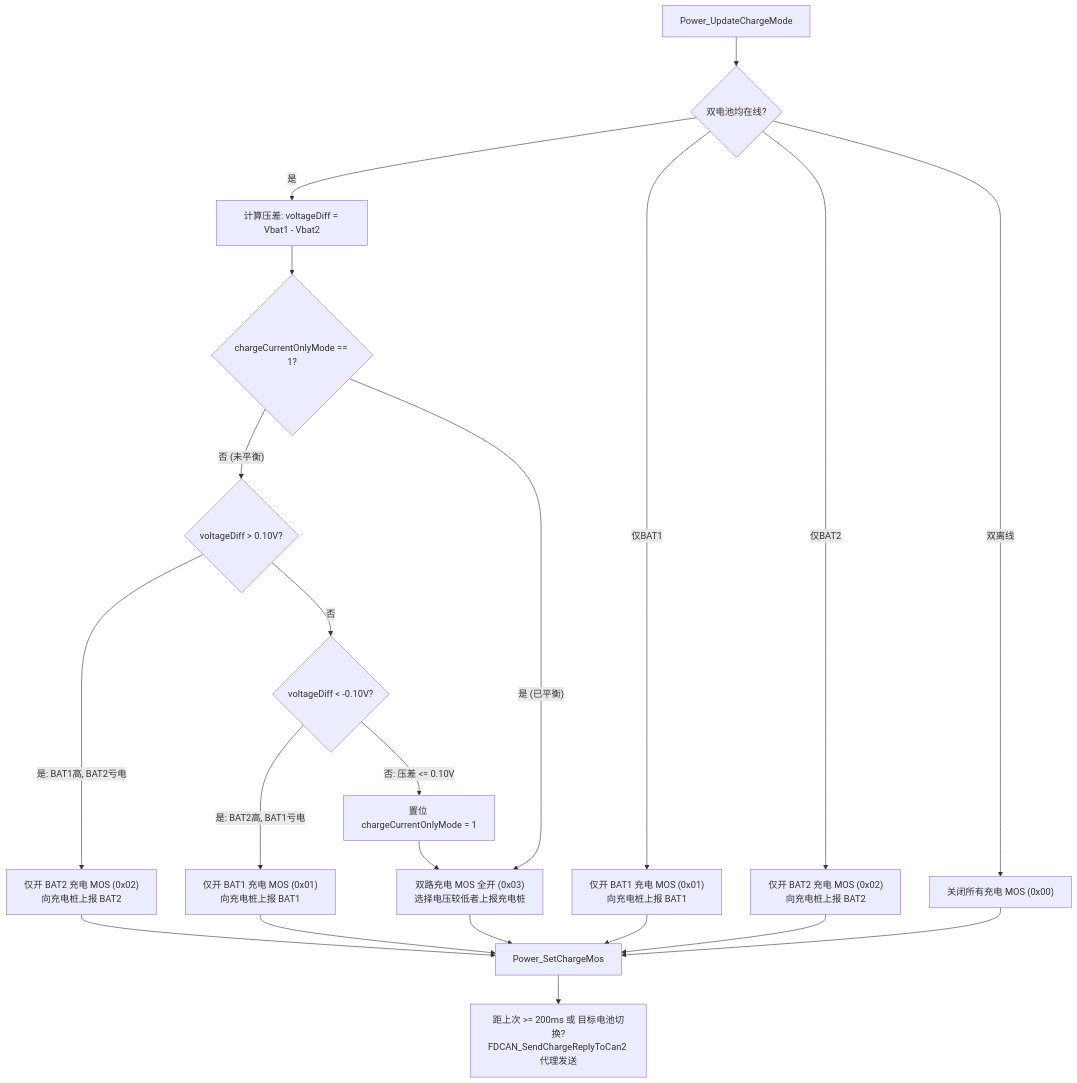
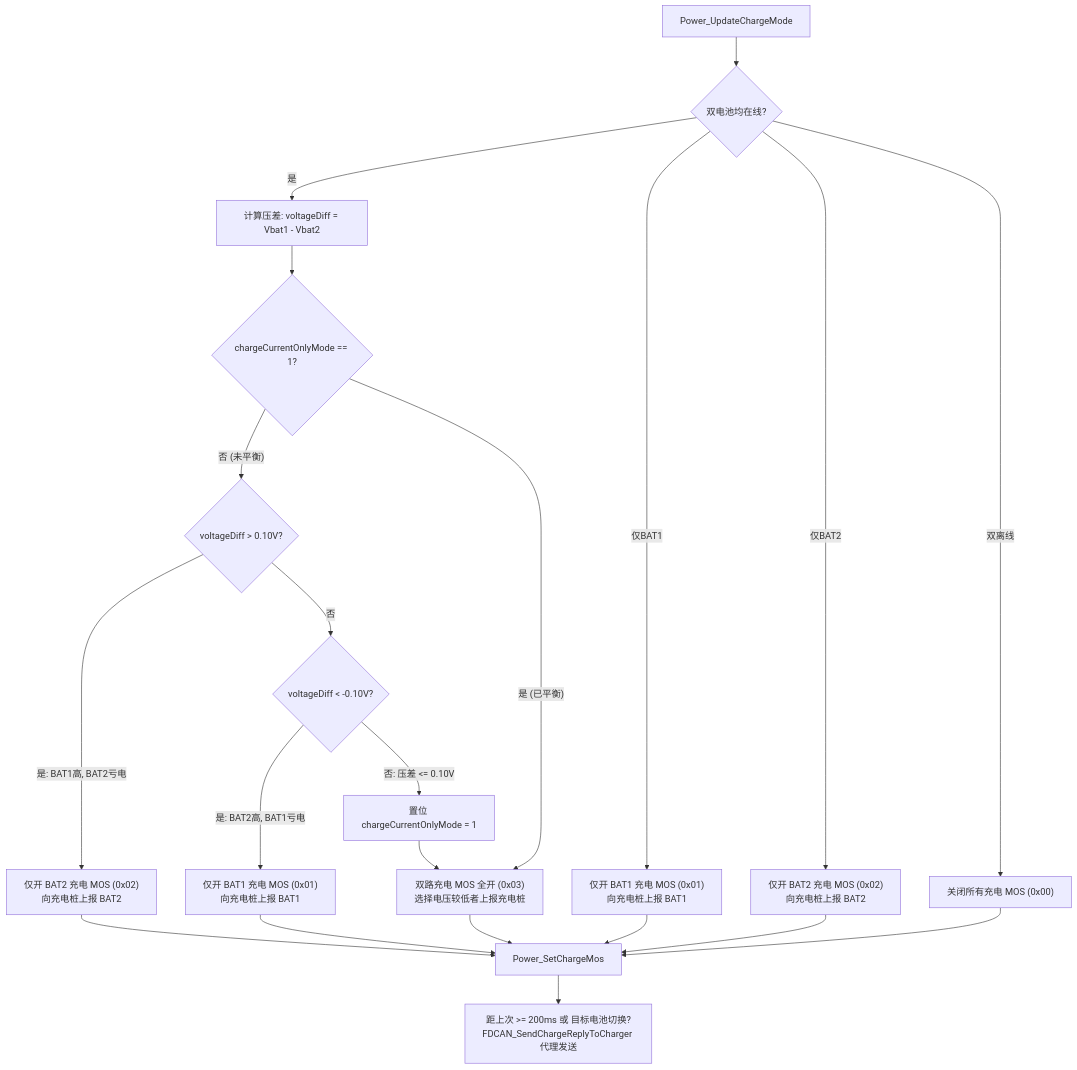
Before and after one commit to wajmh/D-Y: the second of 2 diagrams in 充电控制逻辑与协议交互.md, drawn with Mermaid. The commit also changed other lines of this file and 17 other files, not shown here.

First line of the commit message:
[v1.2原理图] 适配V1.2硬件：CAN2/CAN3职责对调、TIM2 PWM母线泄放、预充重叠导通缓冲及小脑声光指示控制

````diff
--- a/充电控制逻辑与协议交互.md
+++ b/充电控制逻辑与协议交互.md
@@ -173,29 +173,29 @@
 ```mermaid
 flowchart TD
     Start[Power_UpdateChargeMode] --> CheckPres{双电池均在线?}
     
     CheckPres -- 是 --> CalcDiff["计算压差: voltageDiff = Vbat1 - Vbat2"]
     CalcDiff --> CheckMode{chargeCurrentOnlyMode == 1?}
     
     CheckMode -- 否 (未平衡) --> D1{voltageDiff > 0.10V?}
     D1 -- 是: BAT1高, BAT2亏电 --> Act1["仅开 BAT2 充电 MOS (0x02)<br>向充电桩上报 BAT2"]
     D1 -- 否 --> D2{voltageDiff < -0.10V?}
     D2 -- 是: BAT2高, BAT1亏电 --> Act2["仅开 BAT1 充电 MOS (0x01)<br>向充电桩上报 BAT1"]
     D2 -- 否: 压差 <= 0.10V --> SetBal["置位 chargeCurrentOnlyMode = 1"]
     
     SetBal --> ActBoth
     CheckMode -- 是 (已平衡) --> ActBoth["双路充电 MOS 全开 (0x03)<br>选择电压较低者上报充电桩"]
     
     CheckPres -- 仅BAT1 --> Only1["仅开 BAT1 充电 MOS (0x01)<br>向充电桩上报 BAT1"]
     CheckPres -- 仅BAT2 --> Only2["仅开 BAT2 充电 MOS (0x02)<br>向充电桩上报 BAT2"]
     CheckPres -- 双离线 --> AllOff["关闭所有充电 MOS (0x00)"]
     
     Act1 --> ApplyMos[Power_SetChargeMos]
     Act2 --> ApplyMos
     ActBoth --> ApplyMos
     Only1 --> ApplyMos
     Only2 --> ApplyMos
     AllOff --> ApplyMos
     
-    ApplyMos --> TxReply["距上次 >= 200ms 或 目标电池切换?<br>FDCAN_SendChargeReplyToCan2 代理发送"]
+    ApplyMos --> TxReply["距上次 >= 200ms 或 目标电池切换?<br>FDCAN_SendChargeReplyToCharger 代理发送"]
 ```
````
